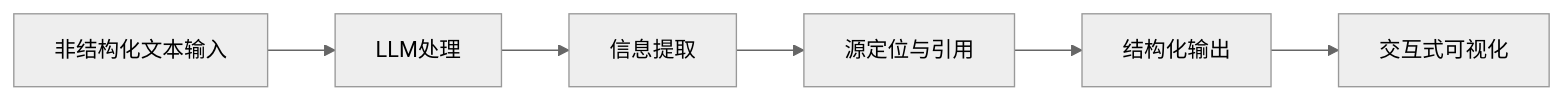
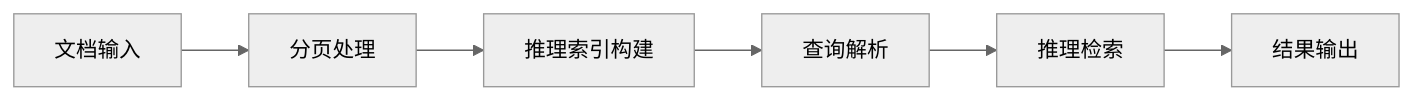
One commit to wayyoungboy/github-trending-reporter changed the second of 8 diagrams in reports/2026/01/2026-01-21.md. Above: the diagram before and after it, drawn with Mermaid (neutral theme). The commit also changed other lines of this file and 1 other file, not shown here.

````diff
--- a/reports/2026/01/2026-01-21.md
+++ b/reports/2026/01/2026-01-21.md
@@ -107,8 +112,8 @@
 ```mermaid
 graph LR
-    A[非结构化文本输入] --> B[LLM处理]
-    B --> C[信息提取]
-    C --> D[源定位与引用]
-    D --> E[结构化输出]
-    E --> F[交互式可视化]
+    A[文档输入] --> B[分页处理]
+    B --> C[推理索引构建]
+    C --> D[查询解析]
+    D --> E[推理检索]
+    E --> F[结果输出]
 ```
````
